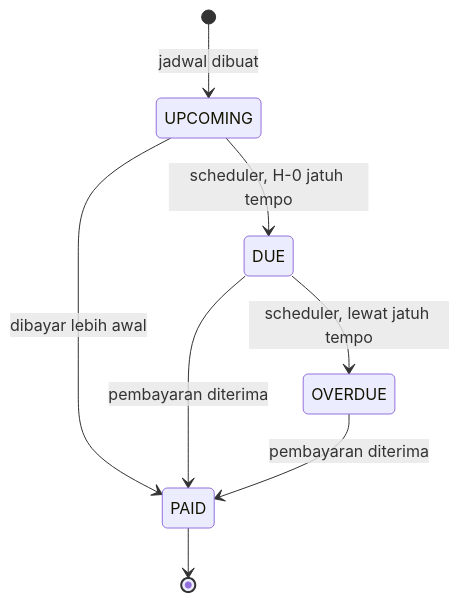
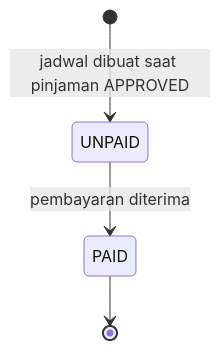
One commit to sendygit/assesment-solution-analyst changed the second of 3 diagrams in docs/04-api-design/loan-state-and-rules.md. Above: the diagram before and after it, drawn with Mermaid. The commit also changed other lines of this file and 5 other files, not shown here.

````diff
--- a/docs/04-api-design/loan-state-and-rules.md
+++ b/docs/04-api-design/loan-state-and-rules.md
@@ -36,10 +38,6 @@
 ```mermaid
 stateDiagram-v2
-    [*] --> UPCOMING: jadwal dibuat
-    UPCOMING --> DUE: scheduler, H-0 jatuh tempo
-    UPCOMING --> PAID: dibayar lebih awal
-    DUE --> PAID: pembayaran diterima
-    DUE --> OVERDUE: scheduler, lewat jatuh tempo
-    OVERDUE --> PAID: pembayaran diterima
+    [*] --> UNPAID: jadwal dibuat saat pinjaman APPROVED
+    UNPAID --> PAID: pembayaran diterima
     PAID --> [*]
 ```
````
